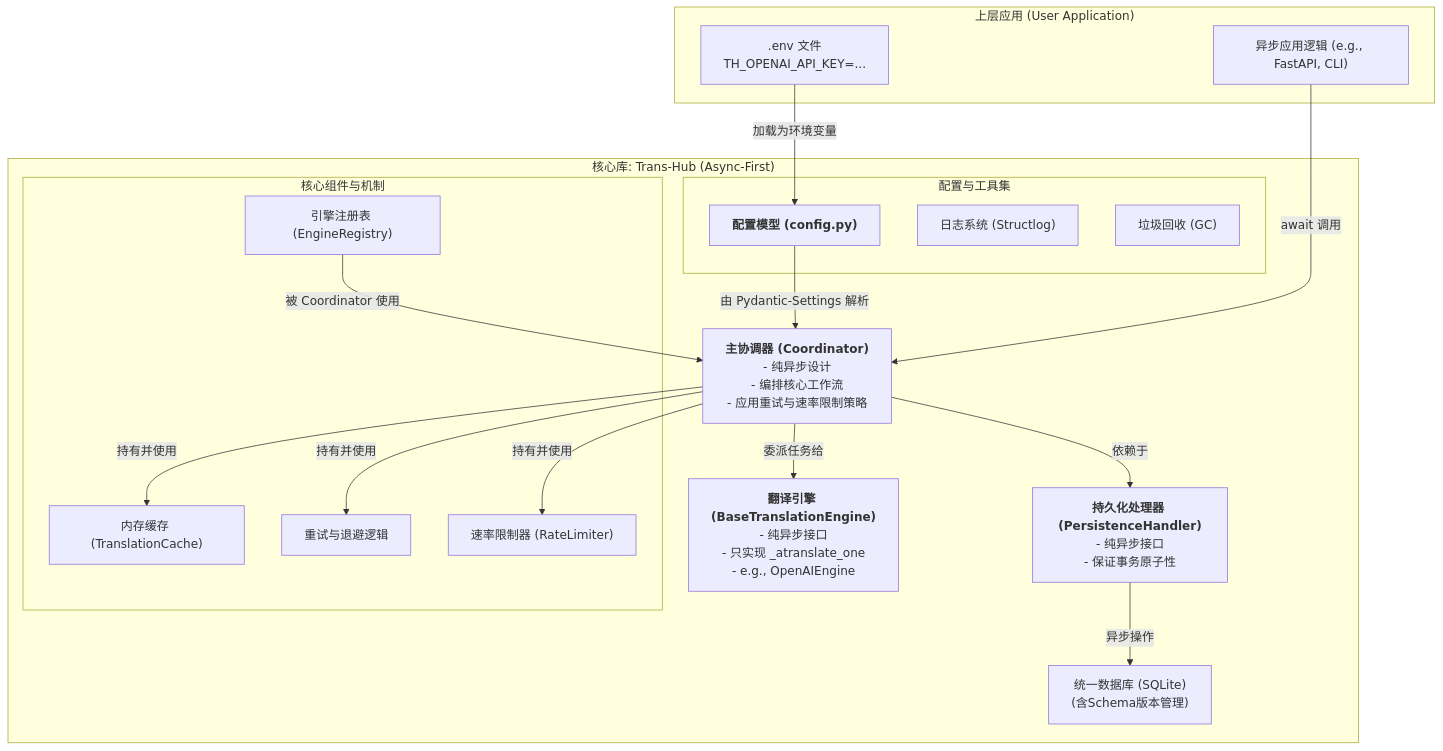
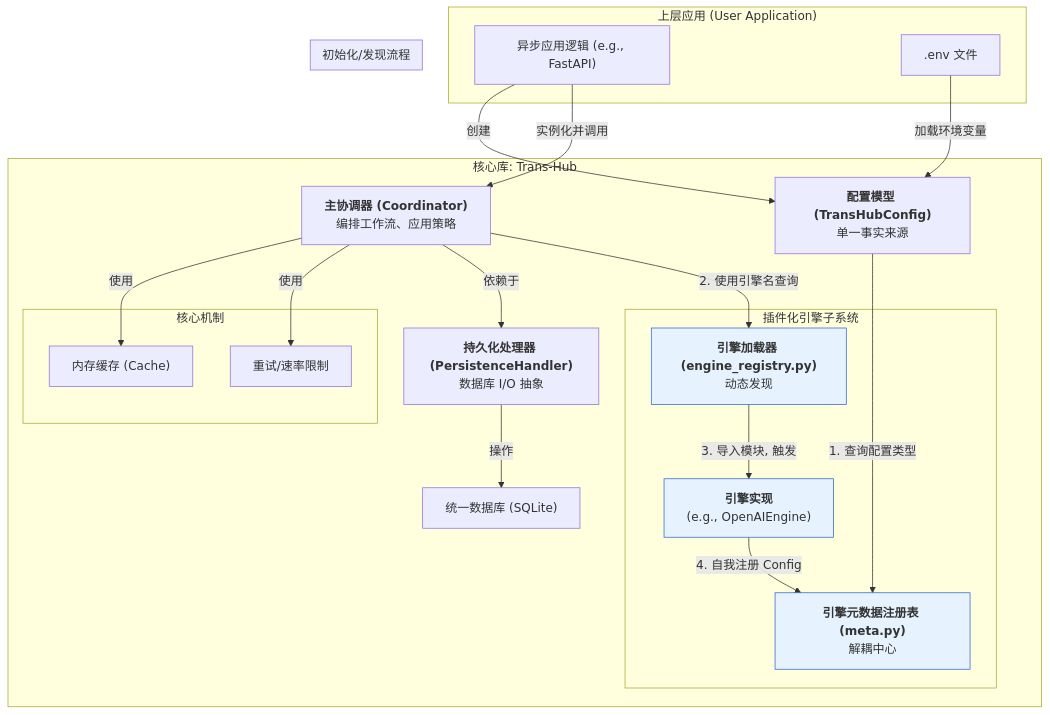
One commit to SakenW/Trans-Hub changed the first of 2 diagrams in docs/architecture/01_overview.md. Above: the diagram before and after it, drawn with Mermaid. The commit also changed other lines of this file and 7 other files, not shown here.

````diff
--- a/docs/architecture/01_overview.md
+++ b/docs/architecture/01_overview.md
@@ -30,36 +31,45 @@
 ```mermaid
 graph TD
     subgraph "上层应用 (User Application)"
-        A["异步应用逻辑 (e.g., FastAPI, CLI)"]
-        G[".env 文件\nTH_OPENAI_API_KEY=..."]
+        A["异步应用逻辑 (e.g., FastAPI)"]
+        G[".env 文件"]
     end
 
-    subgraph "核心库: Trans-Hub (Async-First)"
-        B["<b>主协调器 (Coordinator)</b>\n- 纯异步设计\n- 编排核心工作流\n- 应用重试与速率限制策略"]
-        D["<b>持久化处理器 (PersistenceHandler)</b>\n- 纯异步接口\n- 保证事务原子性"]
-        E["<b>翻译引擎 (BaseTranslationEngine)</b>\n- 纯异步接口\n- 只实现 _atranslate_one\n- e.g., OpenAIEngine"]
-        F["统一数据库 (SQLite)\n(含Schema版本管理)"]
+    subgraph "核心库: Trans-Hub"
+        B["<b>主协调器 (Coordinator)</b><br/>编排工作流、应用策略"]
+        U1["<b>配置模型 (TransHubConfig)</b><br/>单一事实来源"]
+        D["<b>持久化处理器 (PersistenceHandler)</b><br/>数据库 I/O 抽象"]
+        F["统一数据库 (SQLite)"]
 
-        subgraph "核心组件与机制"
-            C1["内存缓存 (TranslationCache)"]
-            C2["重试与退避逻辑"]
-            C3["速率限制器 (RateLimiter)"]
-            C4["引擎注册表 (EngineRegistry)"]
+        subgraph "插件化引擎子系统"
+            E_meta["<b>引擎元数据注册表 (meta.py)</b><br/>解耦中心"]
+            C3["<b>引擎加载器 (engine_registry.py)</b><br/>动态发现"]
+            E_impl["<b>引擎实现</b><br/>(e.g., OpenAIEngine)"]
         end
 
-        subgraph "配置与工具集"
-            U1["<b>配置模型 (config.py)</b>"]
-            U2["日志系统 (Structlog)"]
-            U3["垃圾回收 (GC)"]
+        subgraph "核心机制"
+            C1["内存缓存 (Cache)"]
+            C2["重试/速率限制"]
         end
     end
 
-    G -- "加载为环境变量" --> U1
-    U1 -- "由 Pydantic-Settings 解析" --> B
-    C4 -- "被 Coordinator 使用" --> B
-    A -- "await 调用" --> B
-    B -- "持有并使用" --> C1 & C2 & C3
+    G -- "加载环境变量" --> U1
+    A -- "创建" --> U1
+    A -- "实例化并调用" --> B
+
+    B -- "使用" --> C1 & C2
     B -- "依赖于" --> D
-    B -- "委派任务给" --> E
-    D -- "异步操作" --> F
+
+    subgraph "初始化/发现流程"
+        style C3 fill:#e6f3ff,stroke:#36c
+        style E_impl fill:#e6f3ff,stroke:#36c
+        style E_meta fill:#e6f3ff,stroke:#36c
+
+        U1 -- "1. 查询配置类型" --> E_meta
+        B -- "2. 使用引擎名查询" --> C3
+        C3 -- "3. 导入模块, 触发" --> E_impl
+        E_impl -- "4. 自我注册 Config" --> E_meta
+    end
+
+    D -- "操作" --> F
 ```
````
